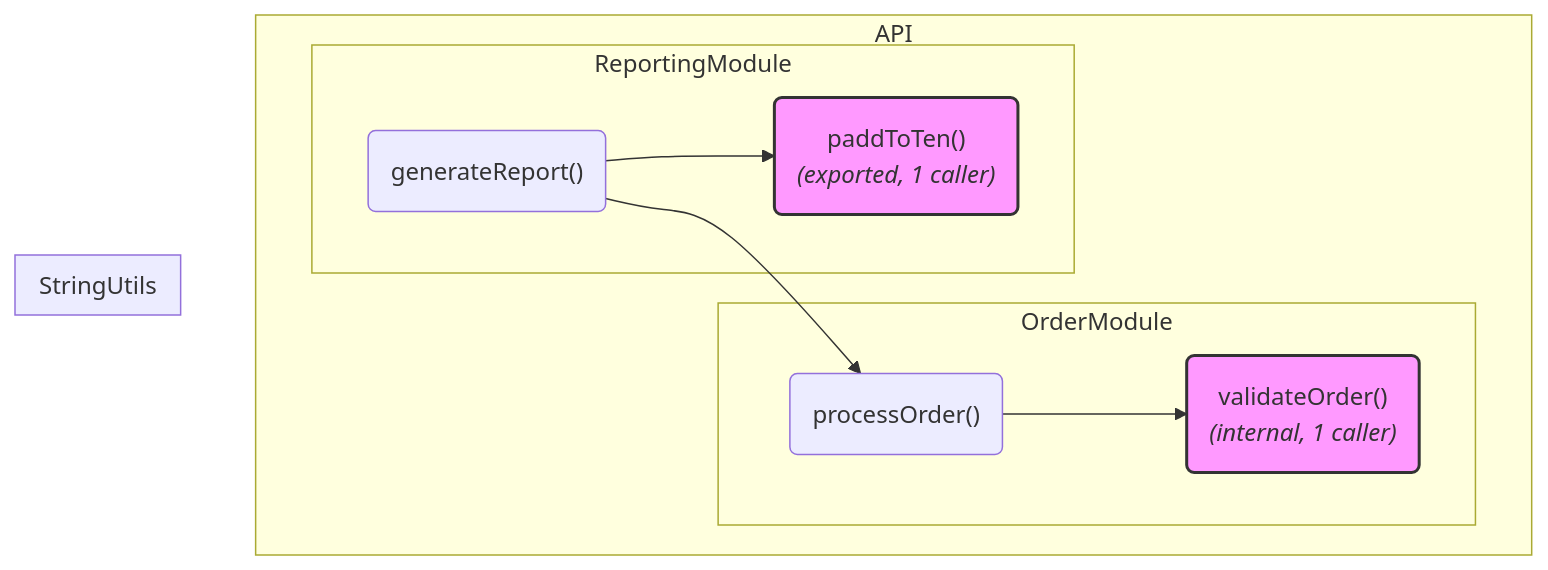
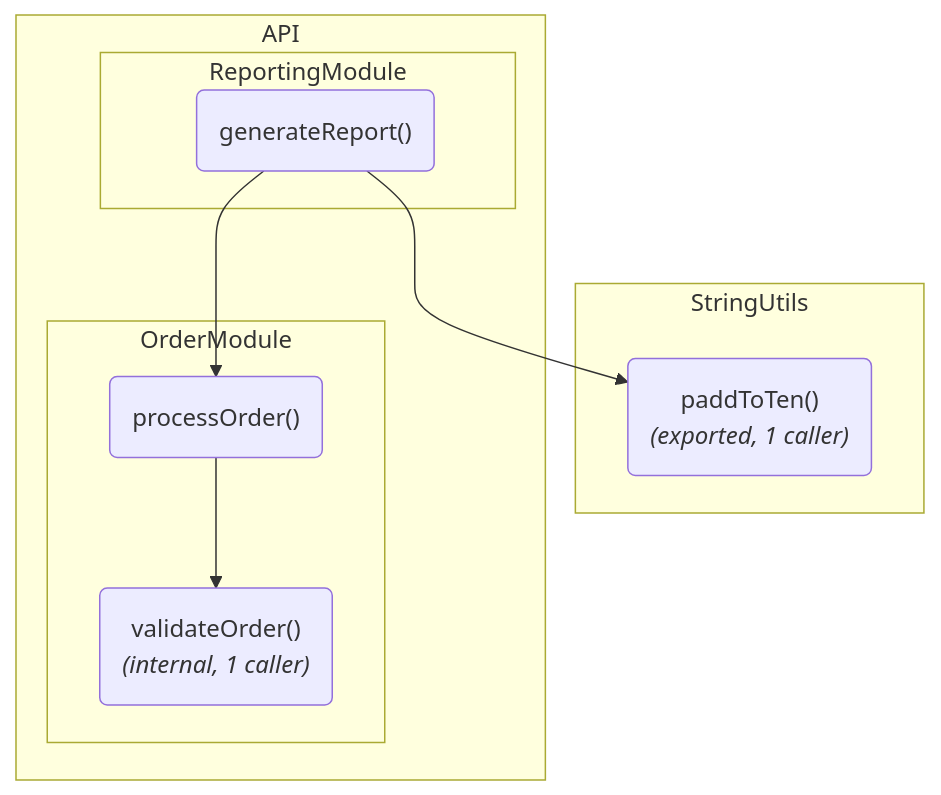
The diagram in docs/engine/sources.md (ArnaudBuchholz/psbots), drawn with Mermaid before and after one commit.

Commit message:
refactor: ensure proper order of subgraphs

````diff
--- a/docs/engine/sources.md
+++ b/docs/engine/sources.md
@@ -1,23 +1,17 @@
 ```mermaid
  graph TD
+    subgraph StringUtils
+      paddToTen("paddToTen()<br><i>(exported, 1 caller)</i>");
+    end
+
     subgraph API
-         subgraph OrderModule
-             processOrder("processOrder()") --> validateOrder("validateOrder()
-             <i>(internal, 1 caller)</i>");
-         end
+      subgraph OrderModule
+        processOrder("processOrder()") --> validateOrder("validateOrder()<br><i>(internal, 1 caller)</i>");
+      end
     
-         subgraph ReportingModule
-             generateReport("generateReport()") --> paddToTen;
-             generateReport("generateReport()") --> processOrder;
-         end
+      subgraph ReportingModule
+        generateReport("generateReport()") --> paddToTen;
+        generateReport("generateReport()") --> processOrder;
+      end
     end
-  
-        subgraph StringUtils
-            paddToTen("paddToTen()
-            <i>(exported, 1 caller)</i>");
-        end
-   
-        %% Style the inline candidates for emphasis
-        style validateOrder fill:#f9f,stroke:#333,stroke-width:2px
-        style paddToTen fill:#f9f,stroke:#333,stroke-width:2px
 ```
````
